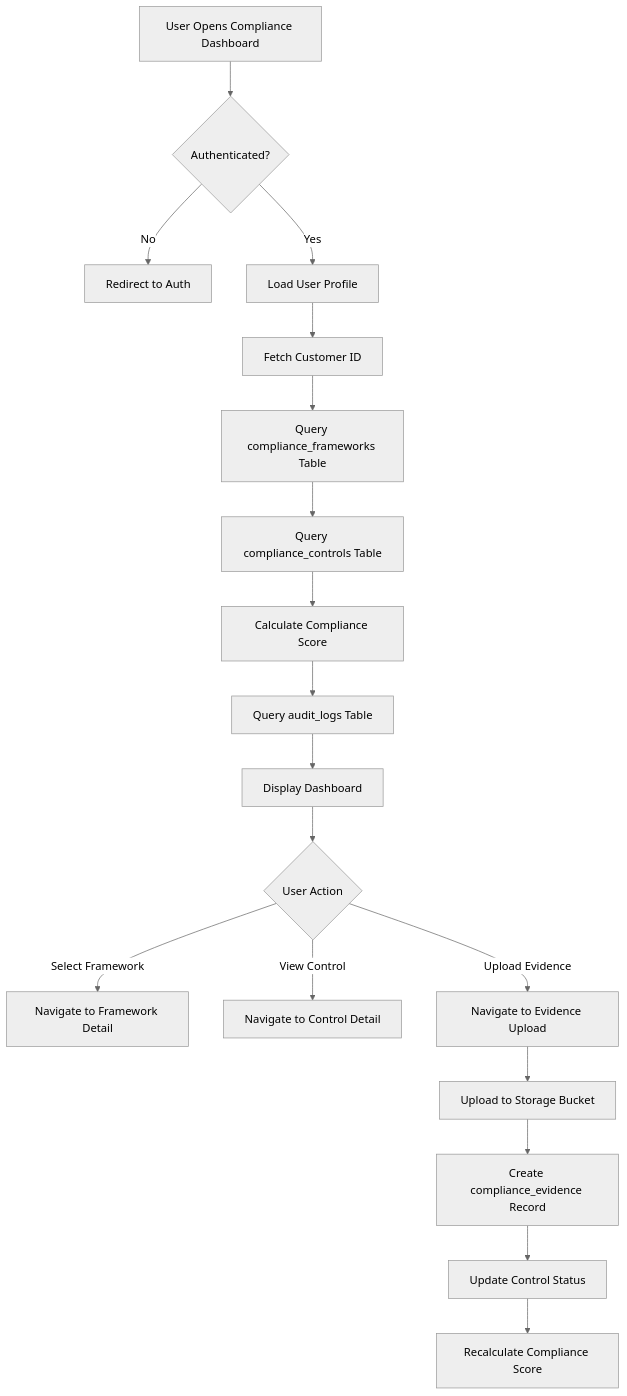
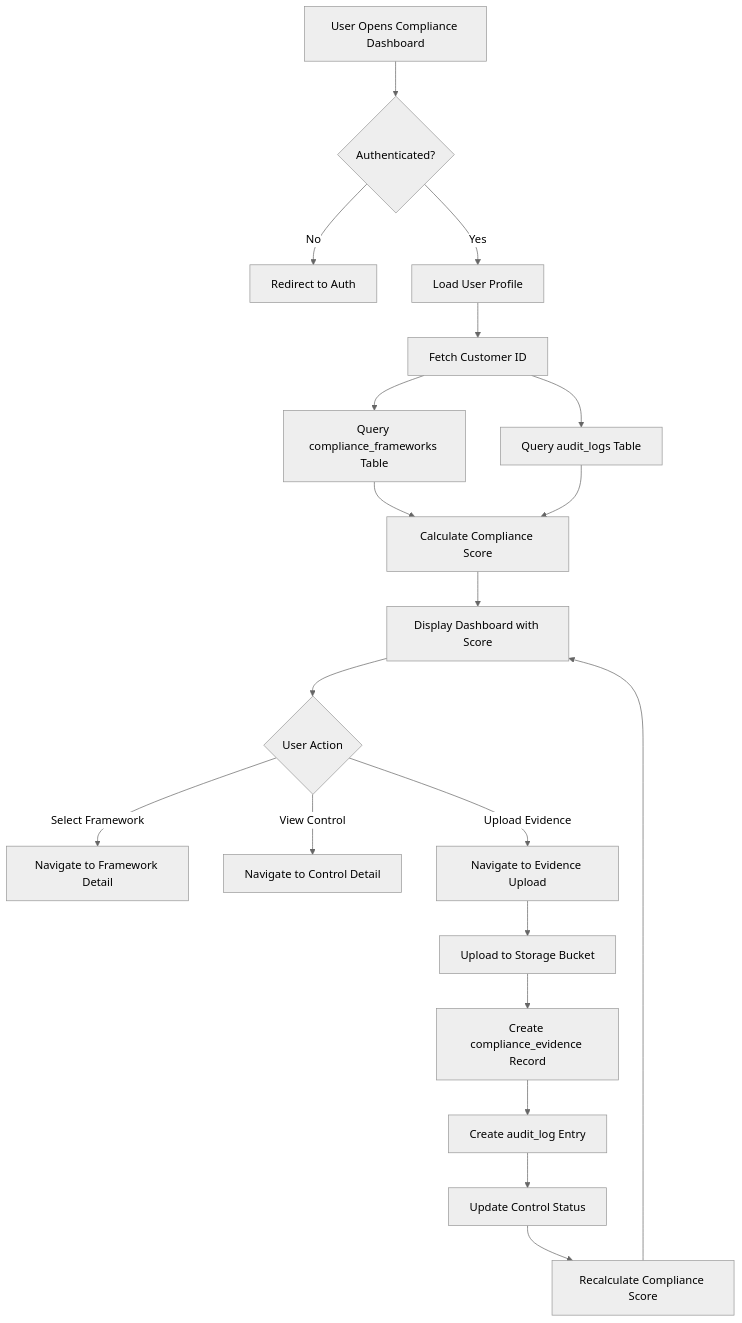
One commit to jerm71279/copilot-buddy-bytes changed the fourth of 15 diagrams in DASHBOARD_DATA_FLOWS.md. Above: the diagram before and after it, drawn with Mermaid (neutral theme). The commit also changed other lines of this file and 1 other file, not shown here.

````diff
--- a/DASHBOARD_DATA_FLOWS.md
+++ b/DASHBOARD_DATA_FLOWS.md
@@ -72,20 +81,22 @@
 ```mermaid
 graph TD
     A[User Opens Compliance Dashboard] --> B{Authenticated?}
     B -->|No| C[Redirect to Auth]
     B -->|Yes| D[Load User Profile]
     D --> E[Fetch Customer ID]
     E --> F[Query compliance_frameworks Table]
-    F --> G[Query compliance_controls Table]
-    G --> H[Calculate Compliance Score]
-    H --> I[Query audit_logs Table]
-    I --> J[Display Dashboard]
-    J --> K{User Action}
-    K -->|Select Framework| L[Navigate to Framework Detail]
-    K -->|View Control| M[Navigate to Control Detail]
-    K -->|Upload Evidence| N[Navigate to Evidence Upload]
-    N --> O[Upload to Storage Bucket]
-    O --> P[Create compliance_evidence Record]
+    E --> G[Query audit_logs Table]
+    F --> H[Calculate Compliance Score]
+    G --> H
+    H --> I[Display Dashboard with Score]
+    I --> J{User Action}
+    J -->|Select Framework| K[Navigate to Framework Detail]
+    J -->|View Control| L[Navigate to Control Detail]
+    J -->|Upload Evidence| M[Navigate to Evidence Upload]
+    M --> N[Upload to Storage Bucket]
+    N --> O[Create compliance_evidence Record]
+    O --> P[Create audit_log Entry]
     P --> Q[Update Control Status]
     Q --> R[Recalculate Compliance Score]
+    R --> I
 ```
````
